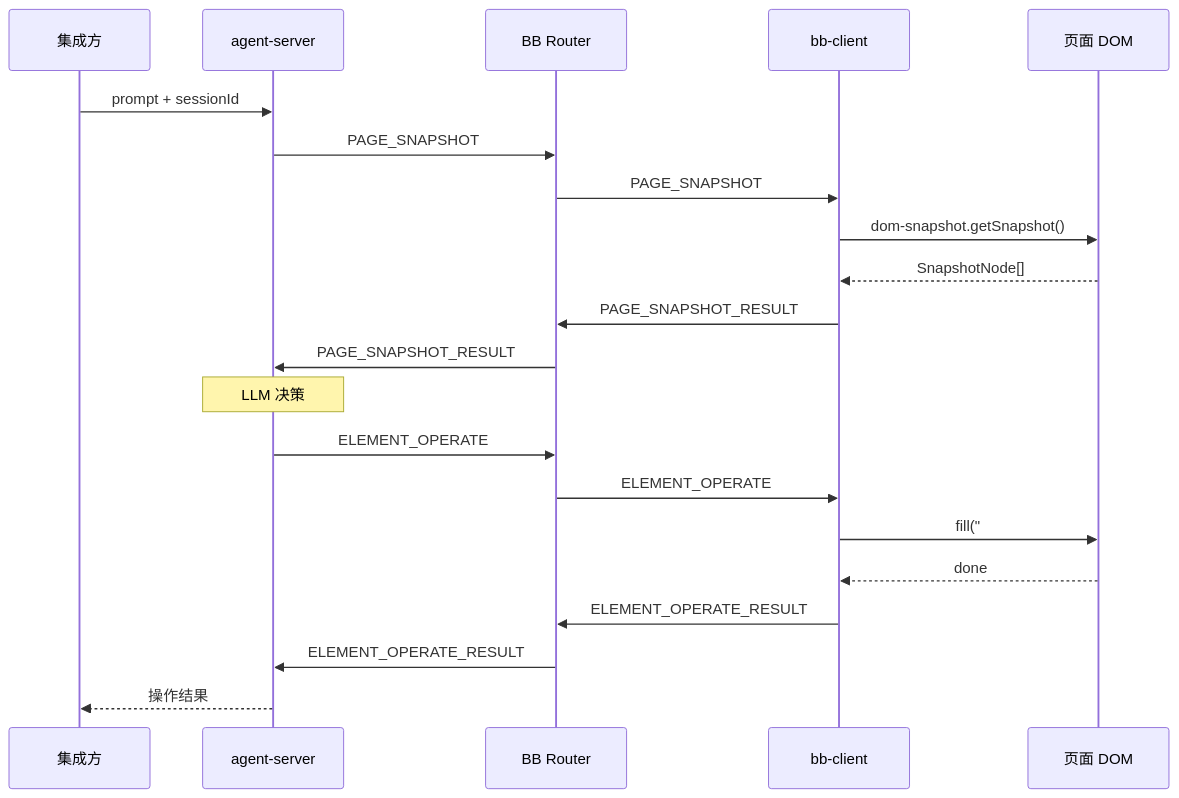
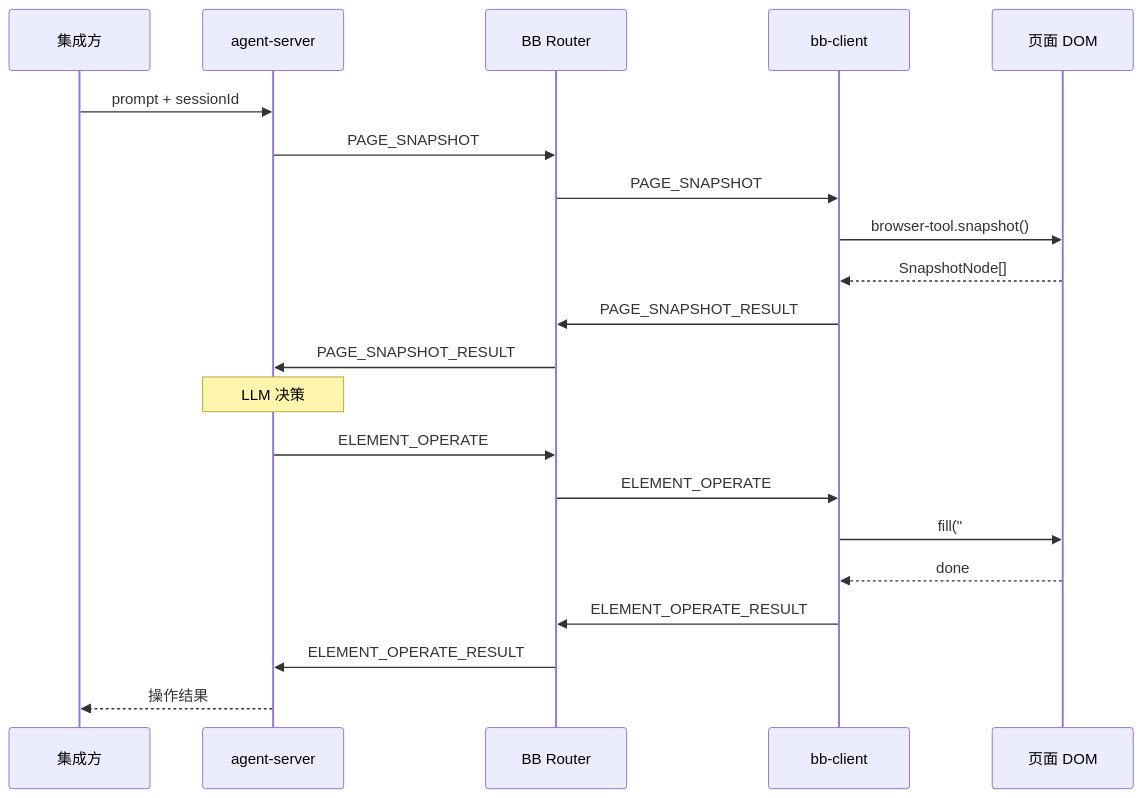
Before and after one commit to zhaoxin34/matrix: the second of 3 diagrams in neo/design/docs/technical/arch/arch-neo-agents.md, drawn with Mermaid. The commit also changed other lines of this file and 7 other files, not shown here.

````diff
--- a/neo/design/docs/technical/arch/arch-neo-agents.md
+++ b/neo/design/docs/technical/arch/arch-neo-agents.md
@@ -140,24 +140,24 @@
 ```mermaid
 sequenceDiagram
     participant Client as 集成方
     participant AS as agent-server
     participant Router as BB Router
     participant BC as bb-client
     participant DOM as 页面 DOM
 
     Client->>AS: prompt + sessionId
     AS->>Router: PAGE_SNAPSHOT
     Router->>BC: PAGE_SNAPSHOT
-    BC->>DOM: dom-snapshot.getSnapshot()
+    BC->>DOM: browser-tool.snapshot()
     DOM-->>BC: SnapshotNode[]
     BC->>Router: PAGE_SNAPSHOT_RESULT
     Router->>AS: PAGE_SNAPSHOT_RESULT
     Note over AS: LLM 决策
     AS->>Router: ELEMENT_OPERATE
     Router->>BC: ELEMENT_OPERATE
     BC->>DOM: fill("#username", "hello")
     DOM-->>BC: done
     BC->>Router: ELEMENT_OPERATE_RESULT
     Router->>AS: ELEMENT_OPERATE_RESULT
     AS-->>Client: 操作结果
 ```
````
